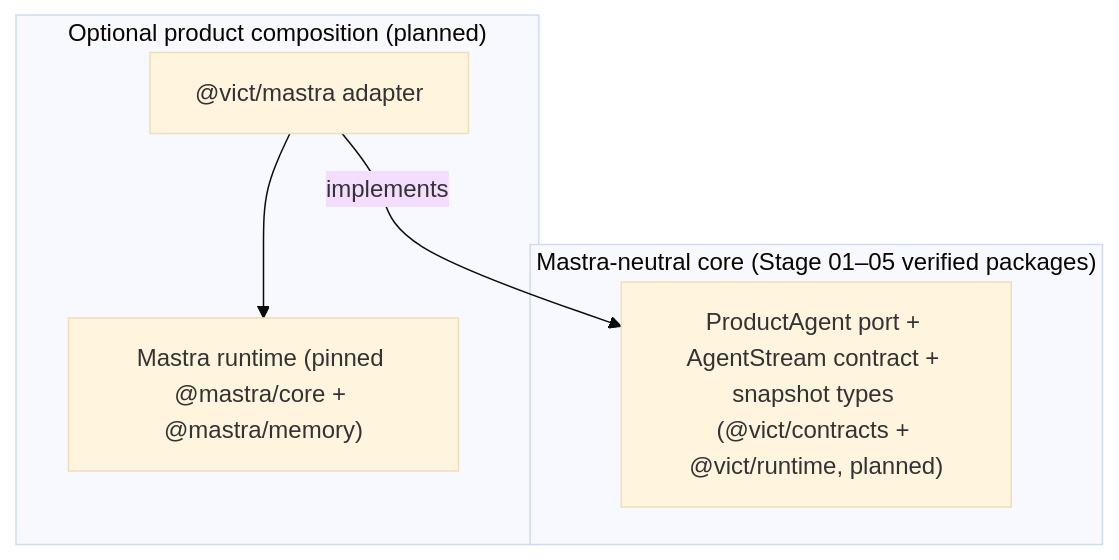
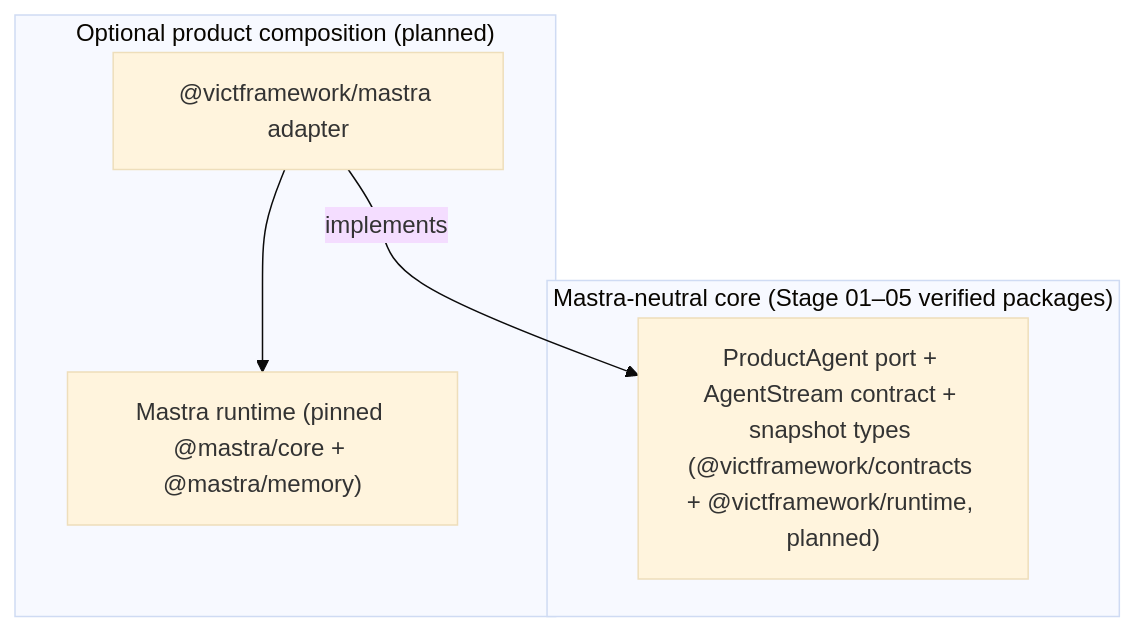
Before and after one commit to radz2291/vict-02: the second of 4 diagrams in docs/architecture/MASTRA-ARA-INTEGRATION.md, drawn with Mermaid (base theme). The commit also changed other lines of this file and 11 other files, not shown here.

````diff
--- a/docs/architecture/MASTRA-ARA-INTEGRATION.md
+++ b/docs/architecture/MASTRA-ARA-INTEGRATION.md
@@ -448,12 +448,12 @@
 ```mermaid
 flowchart TB
     subgraph NEUTRAL["Mastra-neutral core (Stage 01–05 verified packages)"]
-        PORT["ProductAgent port + AgentStream contract + snapshot types (@vict/contracts + @vict/runtime, planned)"]
+        PORT["ProductAgent port + AgentStream contract + snapshot types (@victframework/contracts + @victframework/runtime, planned)"]
     end
     subgraph ADAPTER["Optional product composition (planned)"]
-        VTM["@vict/mastra adapter"]
+        VTM["@victframework/mastra adapter"]
         MAISTA["Mastra runtime (pinned @mastra/core + @mastra/memory)"]
     end
     VTM -->|"implements"| PORT
     VTM --> MAISTA
 ```
````
